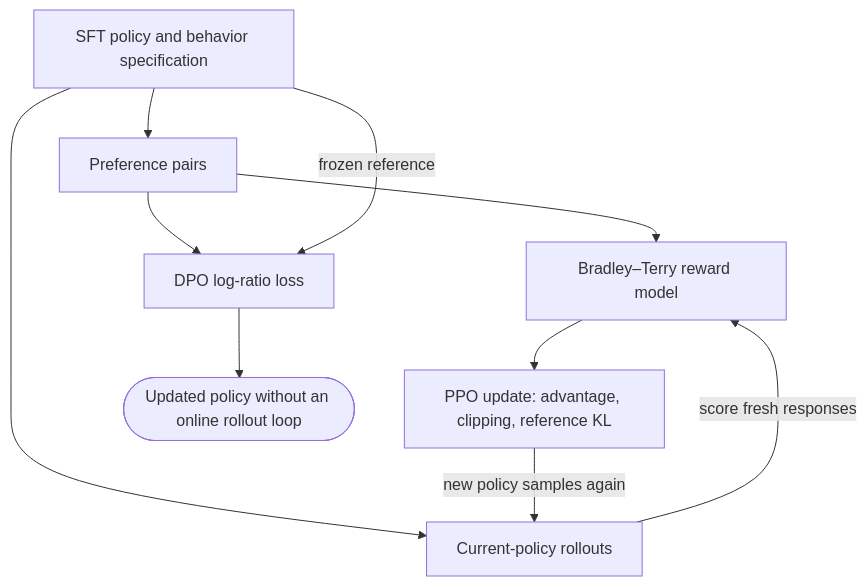
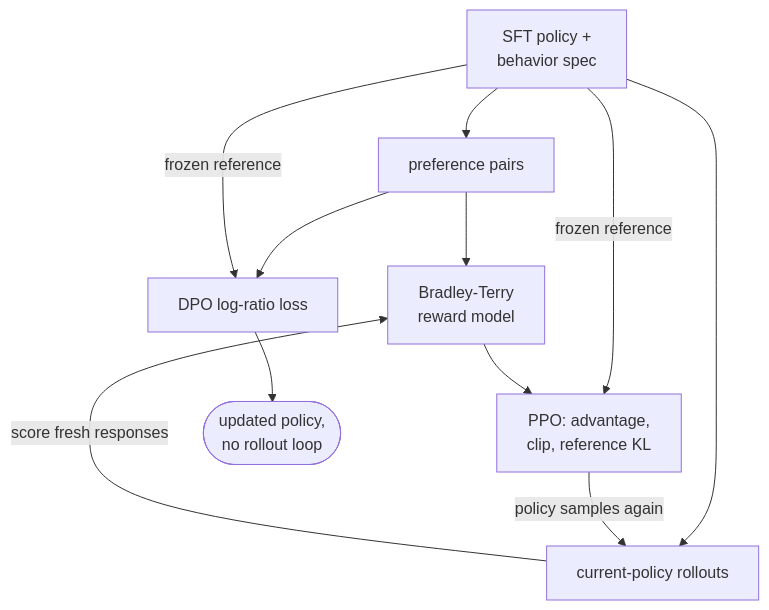
Before and after one commit to omkarsarde/agentic-engineering-at-scale: the second of 2 diagrams in chapters/07-post-training.qmd, drawn with Mermaid. The commit also changed other lines of this file and 4 other files, not shown here.

````diff
--- a/chapters/07-post-training.qmd
+++ b/chapters/07-post-training.qmd
@@ -349,14 +693,16 @@
 ```{mermaid}
+%%| echo: false
 %%| label: fig-ch07-pipelines
-%%| fig-cap: "Where do online RLHF and offline DPO obtain their next training examples?"
+%%| fig-cap: "Where do online RLHF and offline DPO get their next training examples? PPO scores fresh rollouts from the changing policy every step (the feedback loop); DPO trains once on a fixed preference set against a frozen reference, with no reward model and no rollout loop."
 flowchart TB
-    SFT["SFT policy and behavior specification"] --> PAIRS["Preference pairs"]
-    PAIRS --> RM["Bradley–Terry reward model"]
-    SFT --> ROLLOUT["Current-policy rollouts"]
-    ROLLOUT -->|"score fresh responses"| RM
-    RM --> PPO["PPO update: advantage, clipping, reference KL"]
-    PPO -->|"new policy samples again"| ROLLOUT
+    SFT["SFT policy +<br/>behavior spec"] --> PAIRS["preference pairs"]
+    PAIRS --> RM["Bradley-Terry<br/>reward model"]
+    SFT -->|"frozen reference"| PPO
+    SFT --> ROLL["current-policy rollouts"]
+    ROLL -->|"score fresh responses"| RM
+    RM --> PPO["PPO: advantage,<br/>clip, reference KL"]
+    PPO -->|"policy samples again"| ROLL
     PAIRS --> DPO["DPO log-ratio loss"]
     SFT -->|"frozen reference"| DPO
-    DPO --> OFFLINE(["Updated policy without an online rollout loop"])
+    DPO --> OUT(["updated policy,<br/>no rollout loop"])
 ```
````
